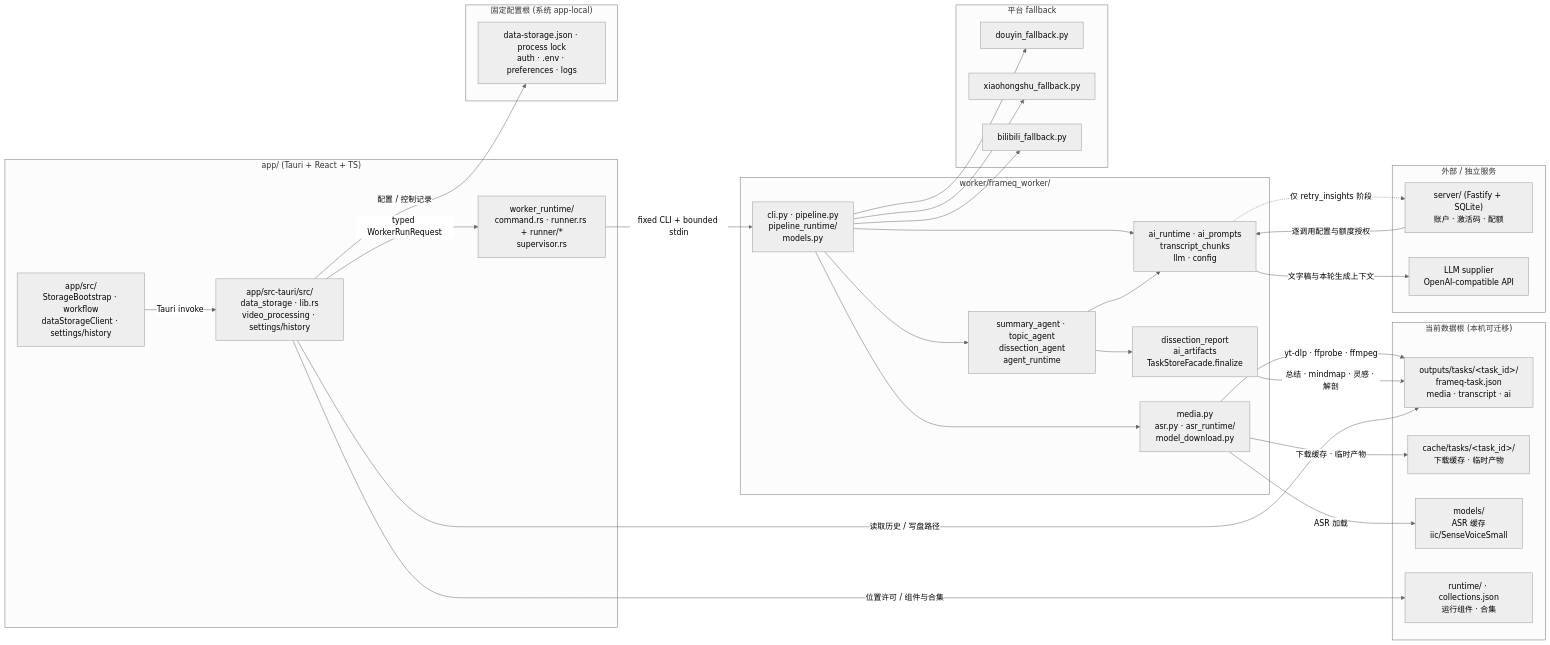
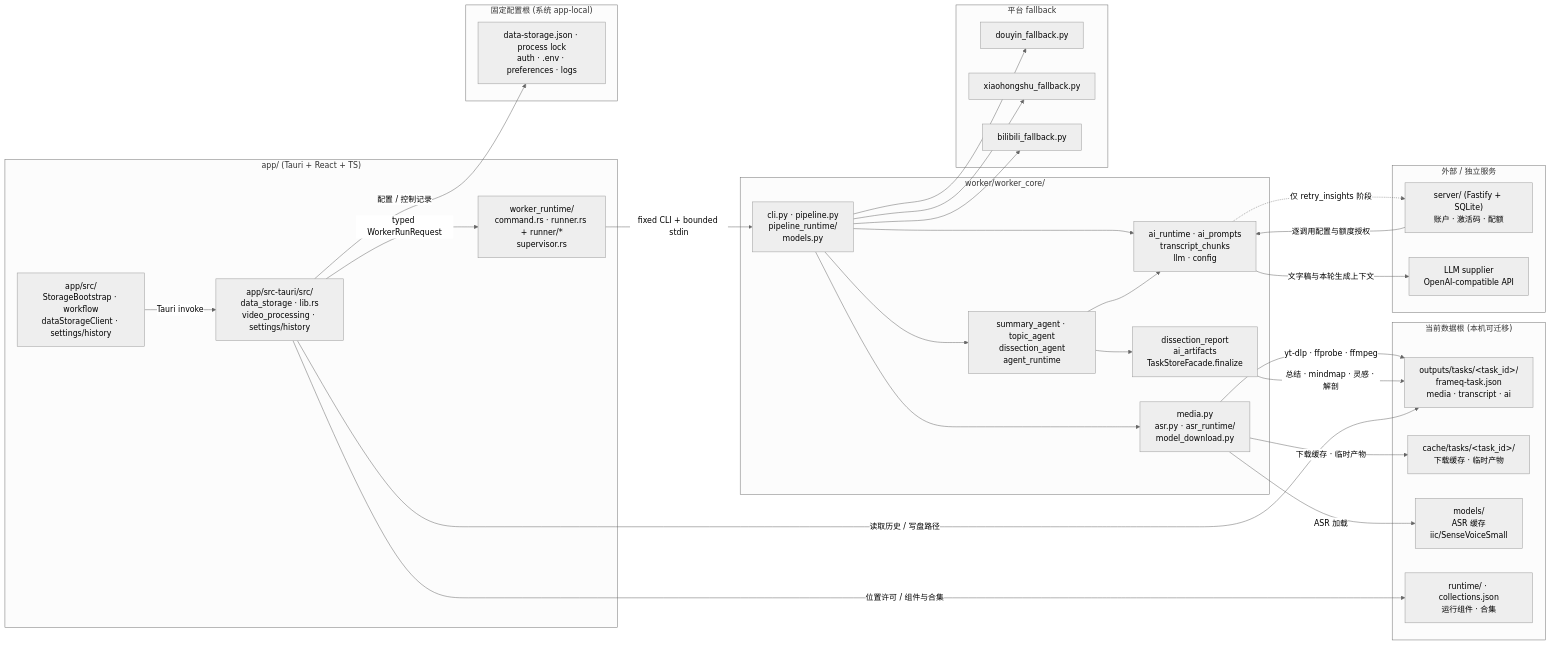
The diagram in docs/ARCHITECTURE.md (jiabai/FrameQ), drawn with Mermaid (neutral theme) before and after one commit. The commit also changed other lines of this file and 298 other files, not shown here.

Commit message:
refactor(worker): rename package to worker_core and env prefix to APP_

````diff
--- a/docs/ARCHITECTURE.md
+++ b/docs/ARCHITECTURE.md
@@ -1397,60 +1397,60 @@
 ```mermaid
 graph LR
   subgraph "app/ (Tauri + React + TS)"
     A1["app/src/<br/>StorageBootstrap · workflow<br/>dataStorageClient · settings/history"]
     A2["app/src-tauri/src/<br/>data_storage · lib.rs<br/>video_processing · settings/history"]
     A3["worker_runtime/<br/>command.rs · runner.rs + runner/*<br/>supervisor.rs"]
   end
 
-  subgraph "worker/frameq_worker/"
+  subgraph "worker/worker_core/"
     W1["cli.py · pipeline.py<br/>pipeline_runtime/<br/>models.py"]
     W2["media.py<br/>asr.py · asr_runtime/<br/>model_download.py"]
     W3["summary_agent · topic_agent<br/>dissection_agent<br/>agent_runtime"]
     W4["ai_runtime · ai_prompts<br/>transcript_chunks<br/>llm · config"]
     W5["dissection_report<br/>ai_artifacts<br/>TaskStoreFacade.finalize"]
   end
 
   subgraph "平台 fallback"
     F1["douyin_fallback.py"]
     F2["xiaohongshu_fallback.py"]
     F3["bilibili_fallback.py"]
   end
 
   subgraph "当前数据根 (本机可迁移)"
     D1["outputs/tasks/&lt;task_id&gt;/<br/>frameq-task.json<br/>media · transcript · ai"]
     D2["cache/tasks/&lt;task_id&gt;/<br/>下载缓存 · 临时产物"]
     D3["models/<br/>ASR 缓存<br/>iic/SenseVoiceSmall"]
     D4["runtime/ · collections.json<br/>运行组件 · 合集"]
   end
 
   subgraph "固定配置根 (系统 app-local)"
     C1["data-storage.json · process lock<br/>auth · .env · preferences · logs"]
   end
 
   subgraph "外部 / 独立服务"
     S1["server/ (Fastify + SQLite)<br/>账户 · 激活码 · 配额"]
     S2["LLM supplier<br/>OpenAI-compatible API"]
   end
 
   A1 -->|Tauri invoke| A2
   A2 -->|typed WorkerRunRequest| A3
   A3 -->|fixed CLI + bounded stdin| W1
   W1 --> W2
   W1 --> W3
   W1 --> W4
   W1 --> F1
   W1 --> F2
   W1 --> F3
   W2 -->|yt-dlp · ffprobe · ffmpeg| D1
   W2 -->|下载缓存 · 临时产物| D2
   W2 -->|ASR 加载| D3
   W3 --> W4
   W3 --> W5
   W5 -->|总结 · mindmap · 灵感 · 解剖| D1
   W4 -.->|仅 retry_insights 阶段| S1
   S1 -->|逐调用配置与额度授权| W4
   W4 -->|文字稿与本轮生成上下文| S2
   A2 -->|读取历史 / 写盘路径| D1
   A2 -->|位置许可 / 组件与合集| D4
   A2 -->|配置 / 控制记录| C1
 ```
````
